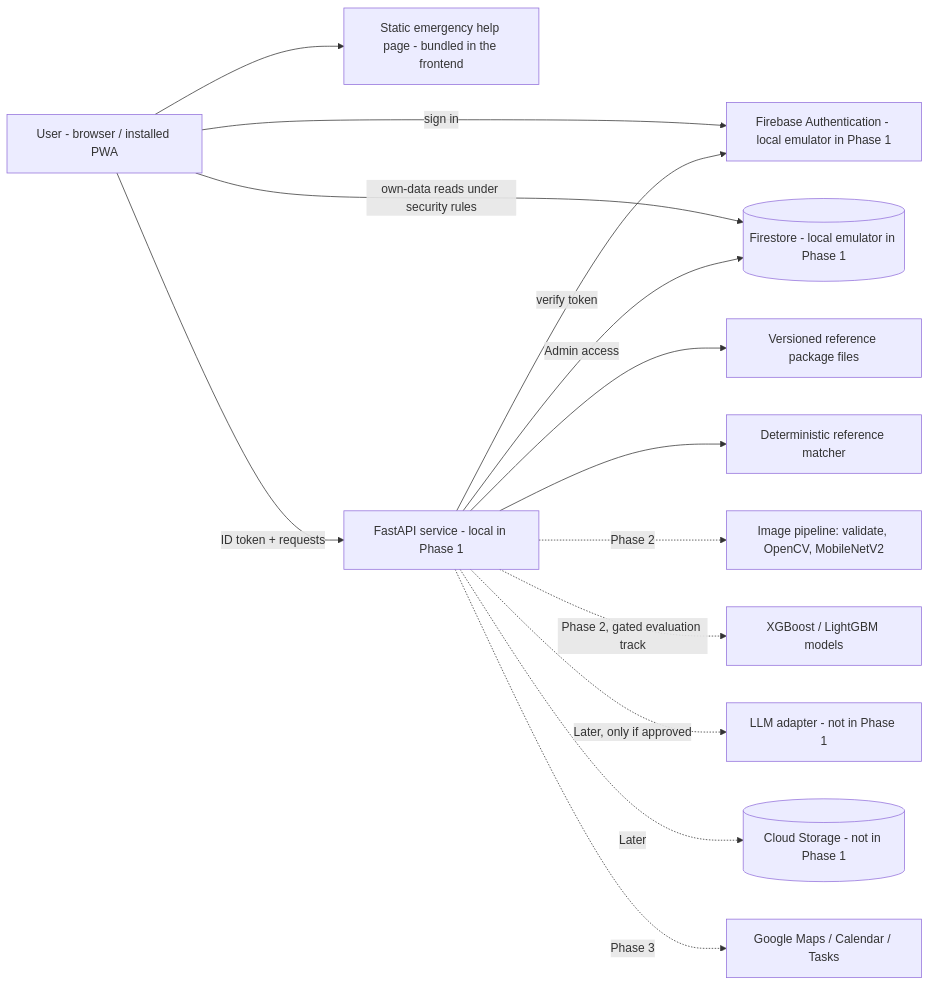
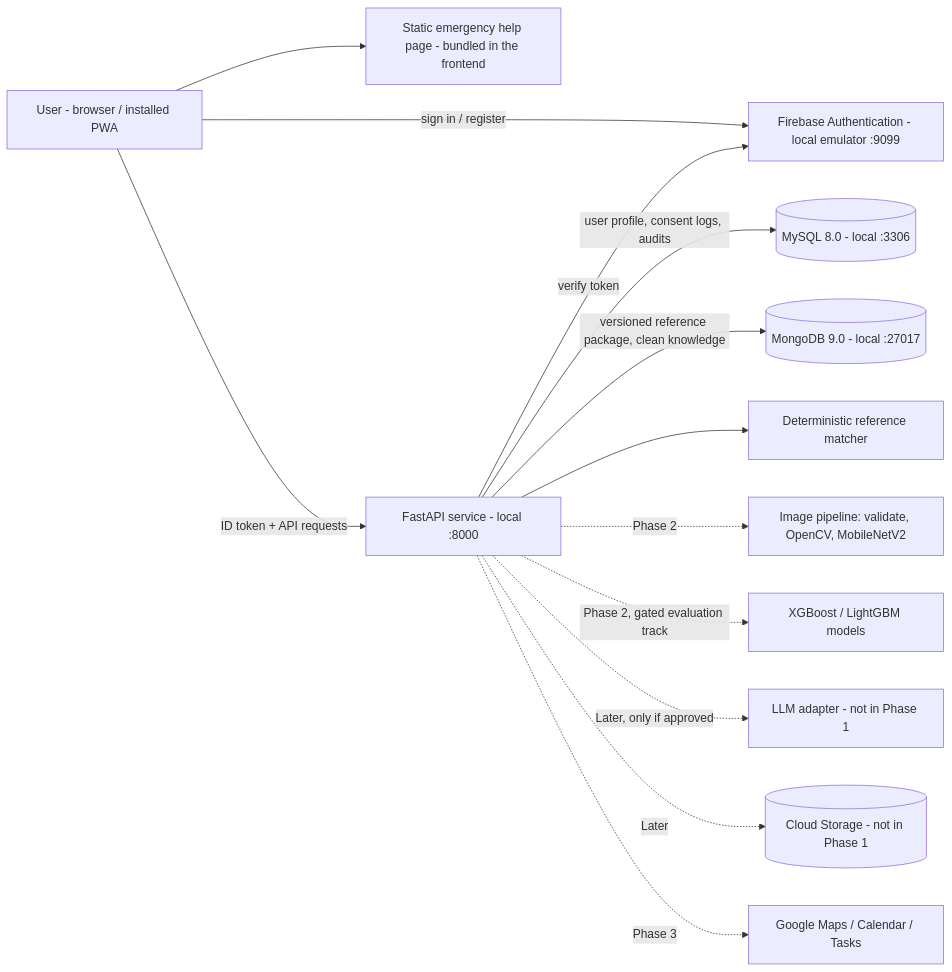
The diagram in docs/Architecture.md (Mr-K-17/MedNourish_V1.0), drawn with Mermaid before and after one commit. The commit also changed other lines of this file and 15 other files, not shown here.

Commit message:
feat(arch): integrate MySQL and MongoDB data layers and wire up emergency safety modal

````diff
--- a/docs/Architecture.md
+++ b/docs/Architecture.md
@@ -53,16 +55,15 @@
 ```mermaid
 flowchart LR
   U[User - browser / installed PWA] --> EH[Static emergency help page - bundled in the frontend]
-  U -->|sign in| FA[Firebase Authentication - local emulator in Phase 1]
-  U -->|own-data reads under security rules| FS[(Firestore - local emulator in Phase 1)]
-  U -->|ID token + requests| API[FastAPI service - local in Phase 1]
+  U -->|sign in / register| FA[Firebase Authentication - local emulator :9099]
+  U -->|ID token + API requests| API[FastAPI service - local :8000]
   API -->|verify token| FA
-  API -->|Admin access| FS
-  API --> KB[Versioned reference package files]
+  API -->|user profile, consent logs, audits| MY[(MySQL 8.0 - local :3306)]
+  API -->|versioned reference package, clean knowledge| MG[(MongoDB 9.0 - local :27017)]
   API --> MATCH[Deterministic reference matcher]
   API -.->|Phase 2| IMG[Image pipeline: validate, OpenCV, MobileNetV2]
   API -.->|Phase 2, gated evaluation track| TAB[XGBoost / LightGBM models]
   API -.->|Later, only if approved| LLM[LLM adapter - not in Phase 1]
   API -.->|Later| CS[(Cloud Storage - not in Phase 1)]
   API -.->|Phase 3| G[Google Maps / Calendar / Tasks]
 ```
````
